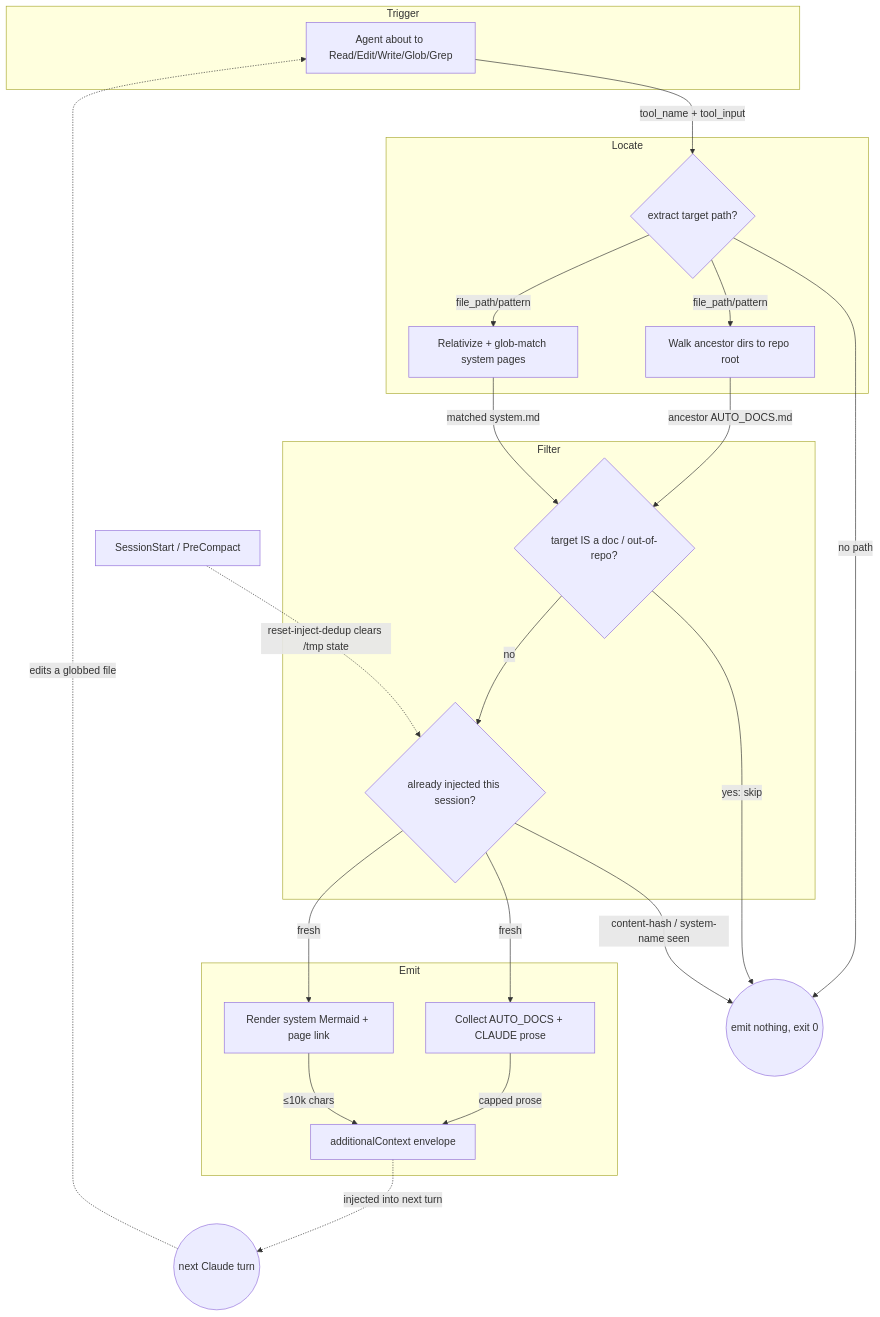
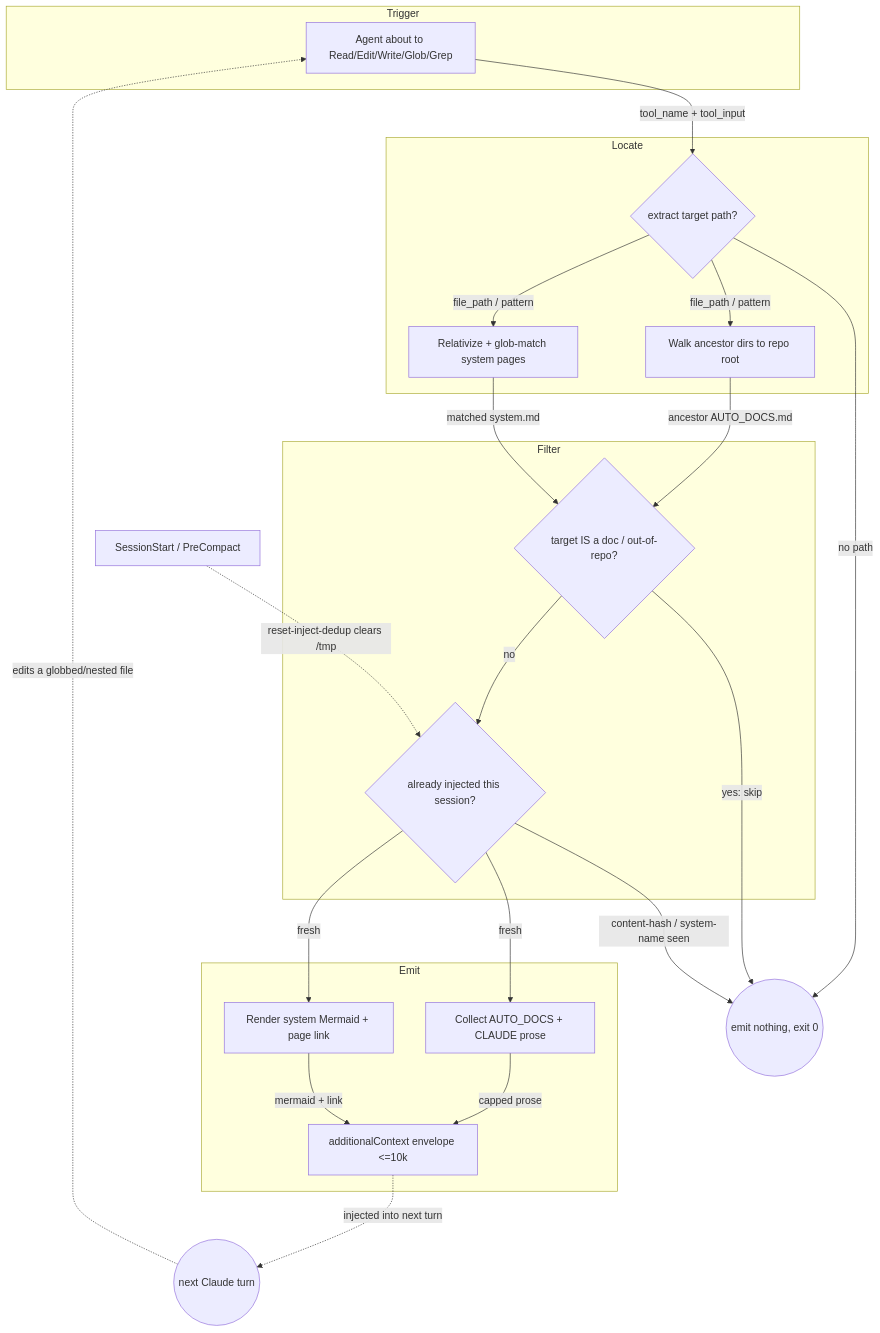
The diagram in docs/systems/context-injection.md (decider/codecontext), drawn with Mermaid before and after one commit. The commit also changed other lines of this file and 14 other files, not shown here.

First line of the commit message:
fix: top-down loop diagrams + layout-stability guard, higher-quality manifests

````diff
--- a/docs/systems/context-injection.md
+++ b/docs/systems/context-injection.md
@@ -30,36 +32,36 @@
 ```mermaid
 flowchart TB
   subgraph Trigger
     T[Agent about to Read/Edit/Write/Glob/Grep]
   end
   subgraph Locate
     X{extract target path?}
     A[Walk ancestor dirs to repo root]
     G[Relativize + glob-match system pages]
   end
   subgraph Filter
     N{target IS a doc / out-of-repo?}
     D{already injected this session?}
   end
   subgraph Emit
     C[Collect AUTO_DOCS + CLAUDE prose]
     M[Render system Mermaid + page link]
-    O[additionalContext envelope]
+    O[additionalContext envelope &lt;=10k]
   end
   T -->|tool_name + tool_input| X
   X -->|no path| Z((emit nothing, exit 0))
-  X -->|file_path/pattern| A
-  X -->|file_path/pattern| G
+  X -->|file_path / pattern| A
+  X -->|file_path / pattern| G
   A -->|ancestor AUTO_DOCS.md| N
   G -->|matched system.md| N
   N -->|yes: skip| Z
   N -->|no| D
   D -->|content-hash / system-name seen| Z
   D -->|fresh| C
   D -->|fresh| M
   C -->|capped prose| O
-  M -->|≤10k chars| O
+  M -->|mermaid + link| O
   O -.->|injected into next turn| K((next Claude turn))
-  K -.->|edits a globbed file| T
-  R[SessionStart / PreCompact] -.->|reset-inject-dedup clears /tmp state| D
+  K -.->|edits a globbed/nested file| T
+  R[SessionStart / PreCompact] -.->|reset-inject-dedup clears /tmp| D
 ```
````
